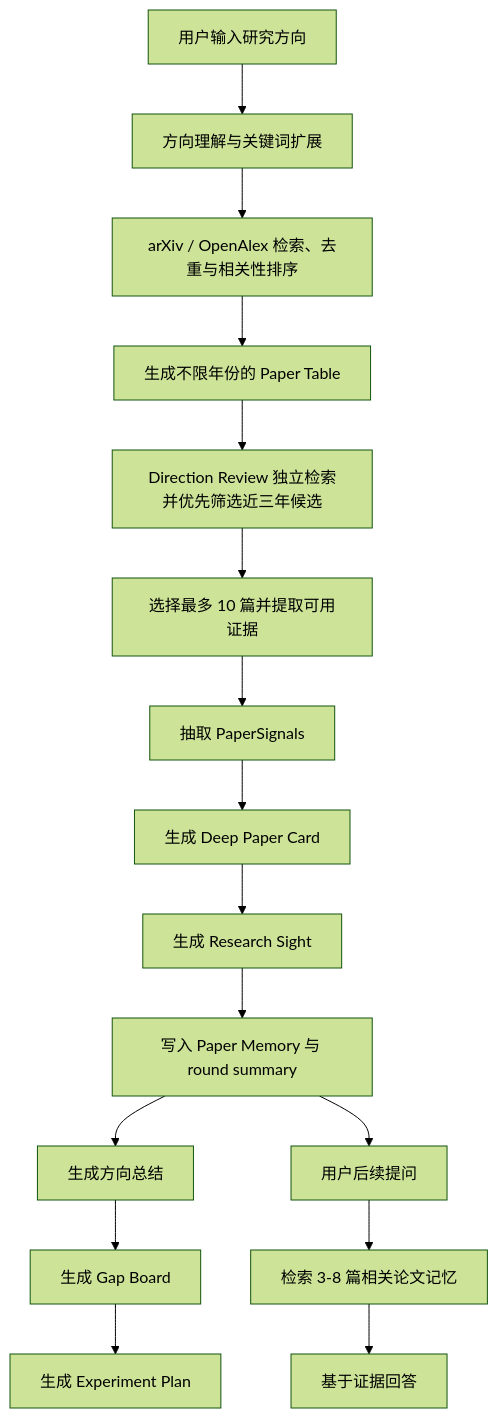
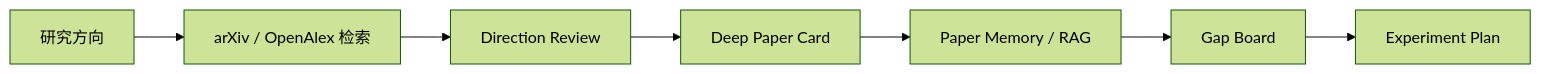
Before and after one commit to lzhzwss121-hue/scholarflow: the diagram in README.md, drawn with Mermaid (forest theme). The commit also changed other lines of this file, not shown here.

````diff
--- a/README.md
+++ b/README.md
@@ -331,18 +13,9 @@
 ```mermaid
-flowchart TD
-  A["用户输入研究方向"] --> B["方向理解与关键词扩展"]
-  B --> C["arXiv / OpenAlex 检索、去重与相关性排序"]
-  C --> D["生成不限年份的 Paper Table"]
-  D --> E["Direction Review 独立检索并优先筛选近三年候选"]
-  E --> F["选择最多 10 篇并提取可用证据"]
-  F --> G["抽取 PaperSignals"]
-  G --> H["生成 Deep Paper Card"]
-  H --> I["生成 Research Sight"]
-  I --> J["写入 Paper Memory 与 round summary"]
-  J --> K["生成方向总结"]
-  K --> L["生成 Gap Board"]
-  L --> P["生成 Experiment Plan"]
-  J --> M["用户后续提问"]
-  M --> N["检索 3-8 篇相关论文记忆"]
-  N --> O["基于证据回答"]
+flowchart LR
+  A["研究方向"] --> B["arXiv / OpenAlex 检索"]
+  B --> C["Direction Review"]
+  C --> D["Deep Paper Card"]
+  D --> E["Paper Memory / RAG"]
+  E --> F["Gap Board"]
+  F --> G["Experiment Plan"]
 ```
````
